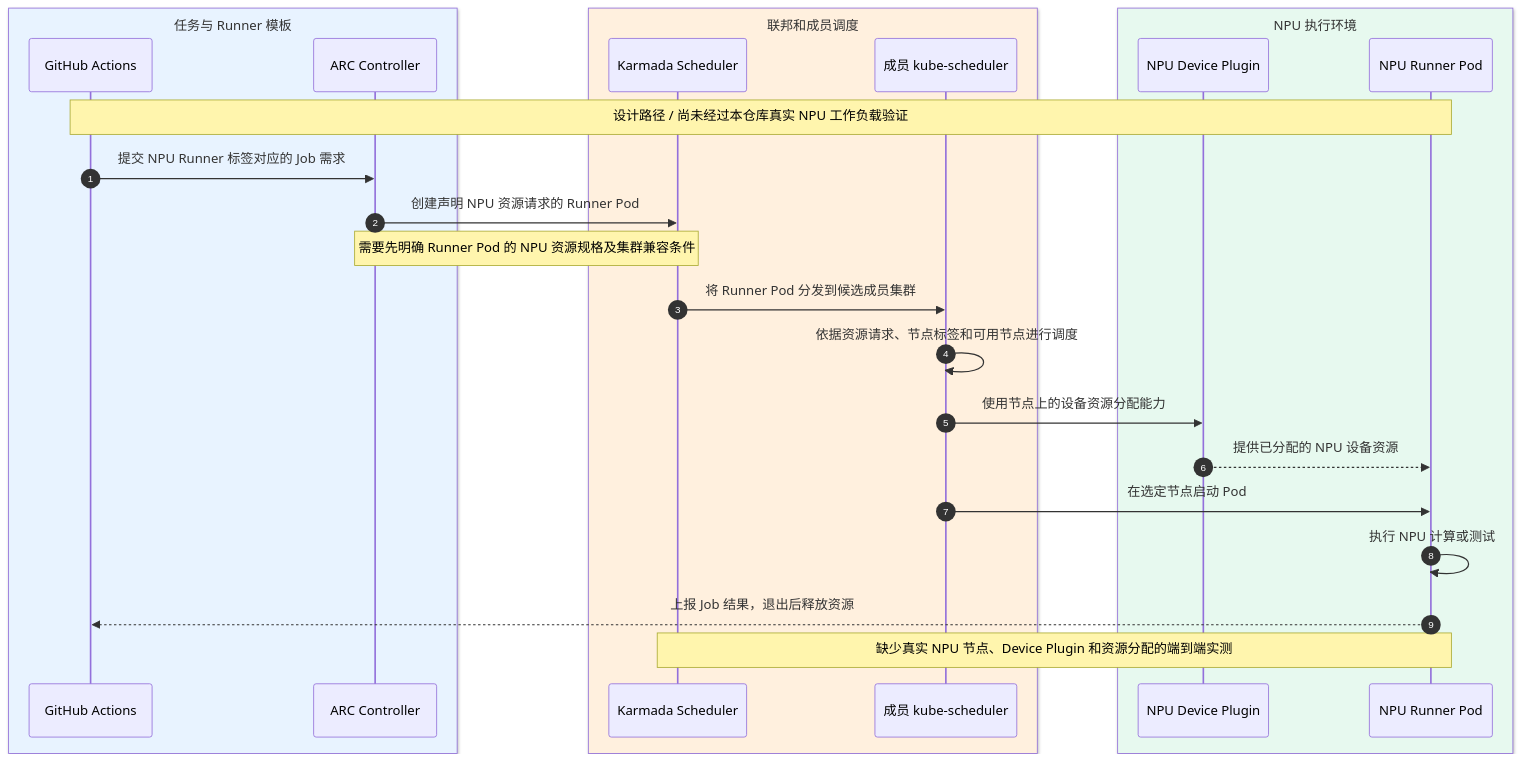
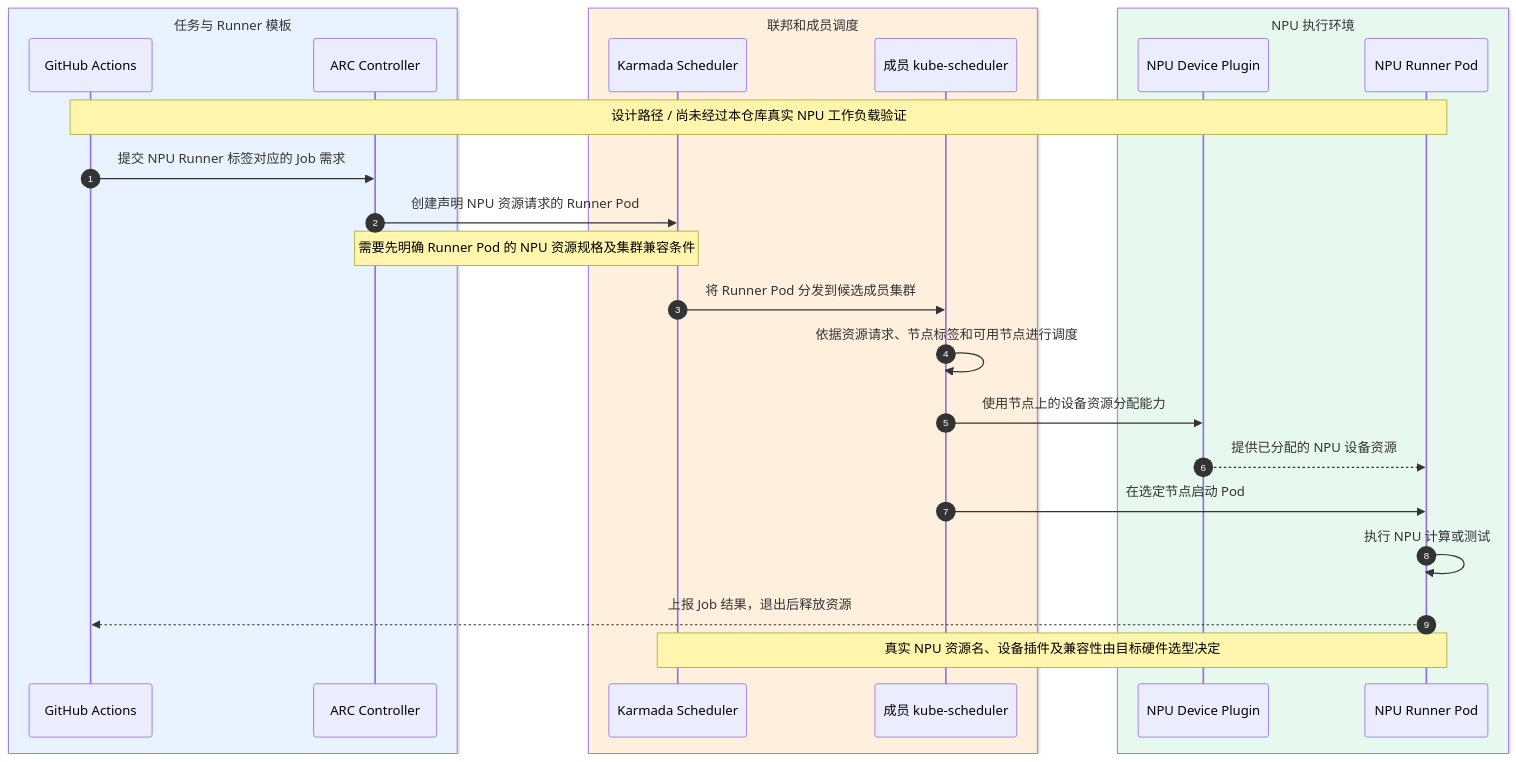
The eighth of 8 diagrams in docs/KARMADA-ARC-SUBSYSTEM-DESIGN.md (pkking/arc-karmada-test), drawn with Mermaid before and after one commit. The commit also changed other lines of this file, not shown here.

Commit message:
docs: shift architecture design evidence to official ARC Karmada Kubernetes docs, remove PoC acceptance gate

````diff
--- a/docs/KARMADA-ARC-SUBSYSTEM-DESIGN.md
+++ b/docs/KARMADA-ARC-SUBSYSTEM-DESIGN.md
@@ -502,29 +505,29 @@
 ```mermaid
 sequenceDiagram
     autonumber
     box rgb(232,243,255) 任务与 Runner 模板
         participant GH as GitHub Actions
         participant ARC as ARC Controller
     end
     box rgb(255,240,222) 联邦和成员调度
         participant K as Karmada Scheduler
         participant KS as 成员 kube-scheduler
     end
     box rgb(231,249,239) NPU 执行环境
         participant DP as NPU Device Plugin
         participant Pod as NPU Runner Pod
     end
 
     Note over GH,Pod: 设计路径 / 尚未经过本仓库真实 NPU 工作负载验证
     GH->>ARC: 提交 NPU Runner 标签对应的 Job 需求
     ARC->>K: 创建声明 NPU 资源请求的 Runner Pod
     Note over ARC,K: 需要先明确 Runner Pod 的 NPU 资源规格及集群兼容条件
     K->>KS: 将 Runner Pod 分发到候选成员集群
     KS->>KS: 依据资源请求、节点标签和可用节点进行调度
     KS->>DP: 使用节点上的设备资源分配能力
     DP-->>Pod: 提供已分配的 NPU 设备资源
     KS->>Pod: 在选定节点启动 Pod
     Pod->>Pod: 执行 NPU 计算或测试
     Pod-->>GH: 上报 Job 结果，退出后释放资源
-    Note over K,Pod: 缺少真实 NPU 节点、Device Plugin 和资源分配的端到端实测
+    Note over K,Pod: 真实 NPU 资源名、设备插件及兼容性由目标硬件选型决定
 ```
````
